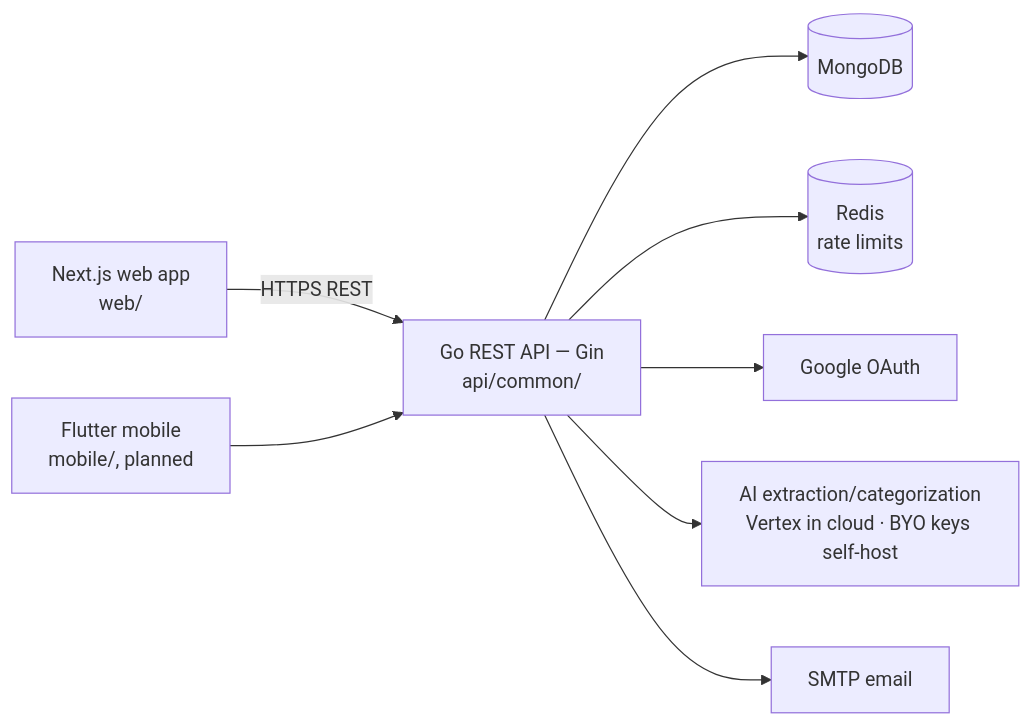
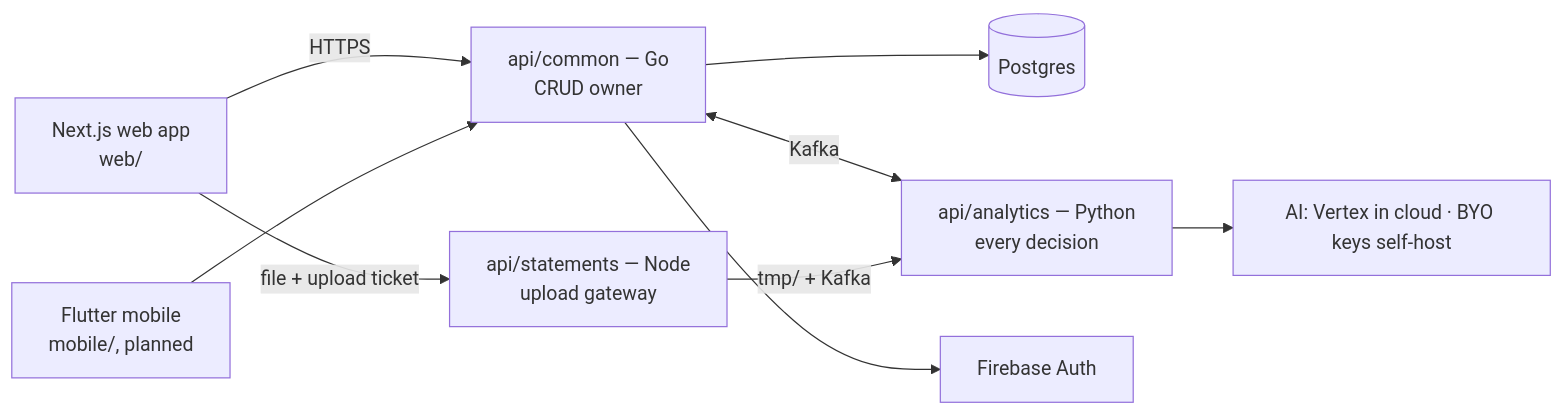
Before and after one commit to cuesoftinc/expendit: the diagram in README.md, drawn with Mermaid. The commit also changed other lines of this file and 21 other files, not shown here.

````diff
--- a/README.md
+++ b/README.md
@@ -22,10 +22,11 @@
 ```mermaid
 flowchart LR
-    WEB[Next.js web app<br/>web/] -->|HTTPS REST| API[Go REST API — Gin<br/>api/common/]
-    MOB[Flutter mobile<br/>mobile/, planned] --> API
-    API --> MG[(MongoDB)]
-    API --> RD[(Redis<br/>rate limits)]
-    API --> GAUTH[Google OAuth]
-    API --> AI[AI extraction/categorization<br/>Vertex in cloud · BYO keys self-host]
-    API --> SMTP[SMTP email]
+    WEB[Next.js web app<br/>web/] -->|HTTPS| COM[api/common — Go<br/>CRUD owner]
+    WEB -->|file + upload ticket| ST[api/statements — Node<br/>upload gateway]
+    MOB[Flutter mobile<br/>mobile/, planned] --> COM
+    COM --> PG[(Postgres)]
+    COM <-->|Kafka| AN[api/analytics — Python<br/>every decision]
+    ST -->|tmp/ + Kafka| AN
+    AN --> AI[AI: Vertex in cloud · BYO keys self-host]
+    COM --> FB[Firebase Auth]
 ```
````
